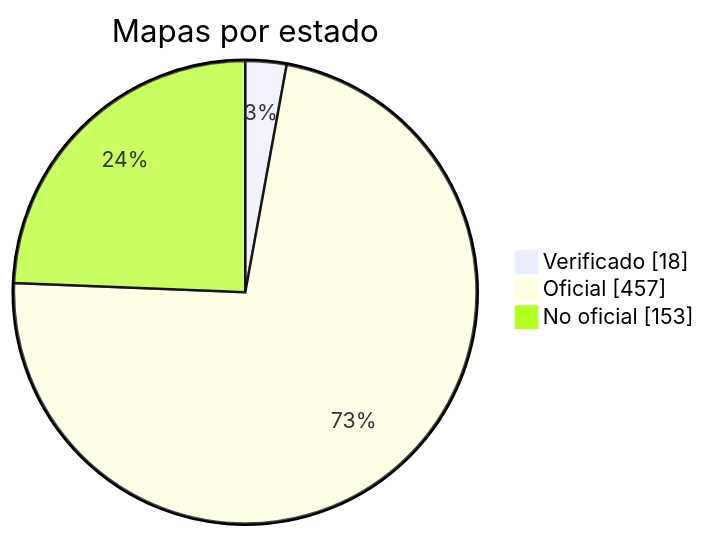
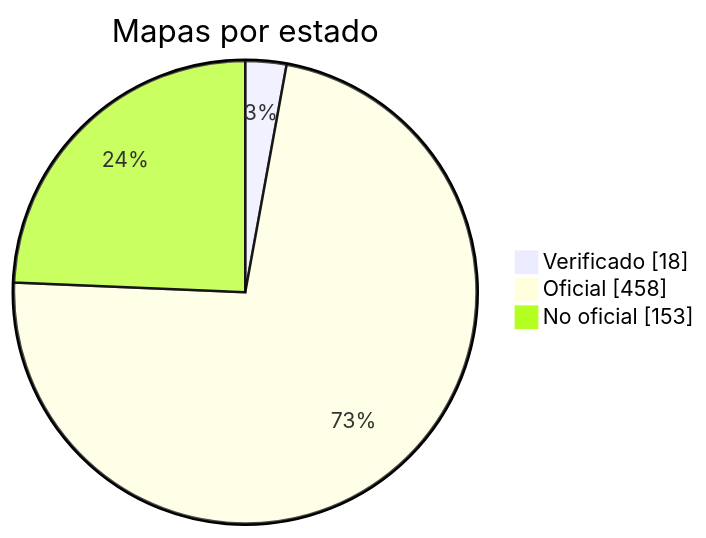
One commit to nobrega8/mbmap-library changed the diagram in docs/readme/README_ES.md. Above: the diagram before and after it, drawn with Mermaid. The commit also changed 6 other files, not shown here.

````diff
--- a/docs/readme/README_ES.md
+++ b/docs/readme/README_ES.md
@@ -54,7 +54,7 @@
 ```mermaid
 pie showData
     title Mapas por estado
     "Verificado" : 18
-    "Oficial" : 457
+    "Oficial" : 458
     "No oficial" : 153
 ```
````
